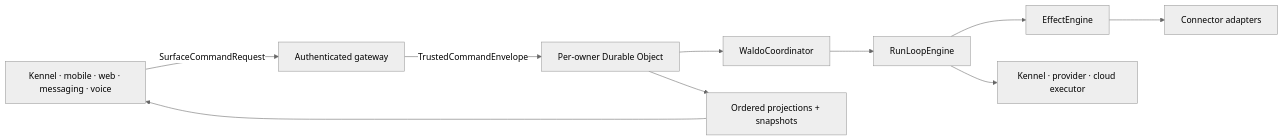
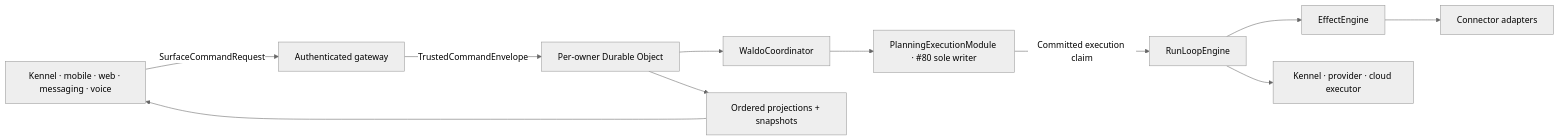
One commit to waldoco/waldo-backend changed the diagram in docs/planning/WALDO_ARCHITECTURE_LOCK_AND_WHOLE_PRODUCT_BUILD_DIRECTION_2026-08-05.md. Above: the diagram before and after it, drawn with Mermaid (neutral theme). The commit also changed other lines of this file and 10 other files, not shown here.

````diff
--- a/docs/planning/WALDO_ARCHITECTURE_LOCK_AND_WHOLE_PRODUCT_BUILD_DIRECTION_2026-08-05.md
+++ b/docs/planning/WALDO_ARCHITECTURE_LOCK_AND_WHOLE_PRODUCT_BUILD_DIRECTION_2026-08-05.md
@@ -65,12 +66,13 @@
 ```mermaid
 flowchart LR
   Surface["Kennel · mobile · web · messaging · voice"] -->|"SurfaceCommandRequest"| Gateway["Authenticated gateway"]
   Gateway -->|"TrustedCommandEnvelope"| Root["Per-owner Durable Object"]
   Root --> Coord["WaldoCoordinator"]
-  Coord --> Run["RunLoopEngine"]
+  Coord --> PlanExec["PlanningExecutionModule · #80 sole writer"]
+  PlanExec -->|"Committed execution claim"| Run["RunLoopEngine"]
   Run --> Effect["EffectEngine"]
   Run --> Exec["Kennel · provider · cloud executor"]
   Effect --> Connector["Connector adapters"]
   Root --> Projection["Ordered projections + snapshots"]
   Projection --> Surface
 ```
````
